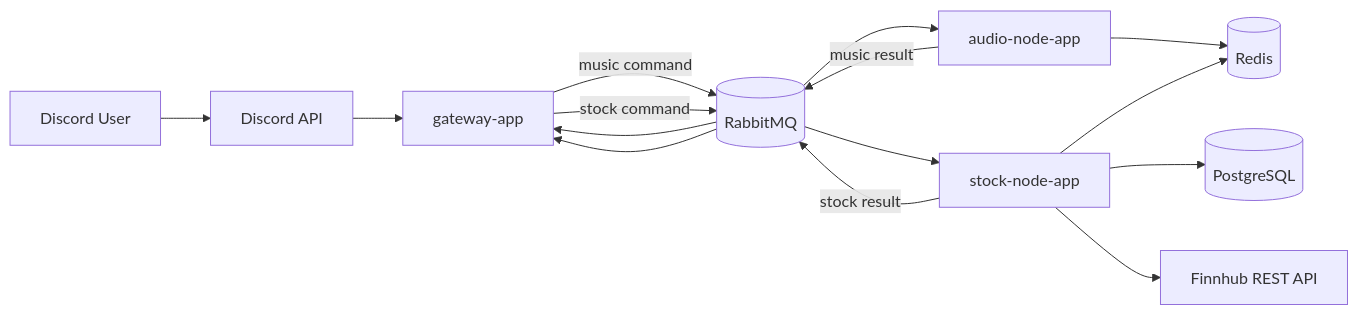
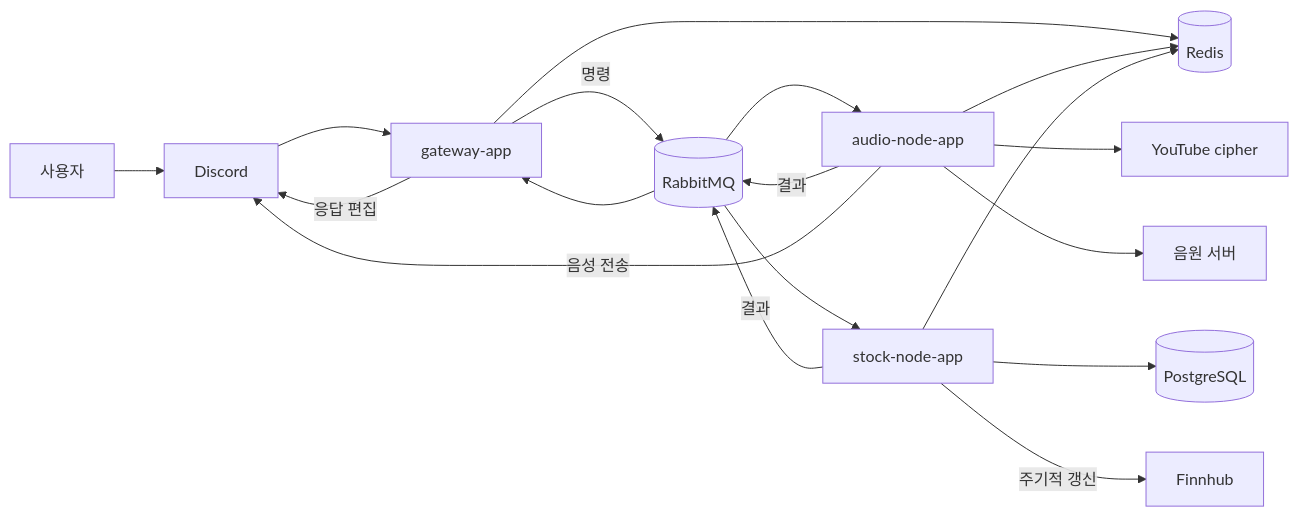
One commit to som141/dis changed the first of 2 diagrams in docs/reference/CURRENT_ARCHITECTURE.md. Above: the diagram before and after it, drawn with Mermaid. The commit also changed other lines of this file and 27 other files, not shown here.

````diff
--- a/docs/reference/CURRENT_ARCHITECTURE.md
+++ b/docs/reference/CURRENT_ARCHITECTURE.md
@@ -22,30 +7,20 @@
 ```mermaid
 flowchart LR
-    U[Discord User]
-    D[Discord API]
-    G[gateway-app]
-    MQ[(RabbitMQ)]
-    A[audio-node-app]
-    S[stock-node-app]
-    R[(Redis)]
-    P[(PostgreSQL)]
-    F[Finnhub REST API]
-
-    U --> D
-    D --> G
-
-    G -->|music command| MQ
-    MQ --> A
-    A -->|music result| MQ
-    MQ --> G
-
-    G -->|stock command| MQ
-    MQ --> S
-    S -->|stock result| MQ
-    MQ --> G
-
+    U[사용자] --> D[Discord]
+    D --> G[gateway-app]
+    G -->|명령| Q[(RabbitMQ)]
+    Q --> A[audio-node-app]
+    Q --> S[stock-node-app]
+    A -->|결과| Q
+    S -->|결과| Q
+    Q --> G
+    G -->|응답 편집| D
+    G --> R[(Redis)]
     A --> R
     S --> R
-    S --> P
-    S --> F
+    S --> P[(PostgreSQL)]
+    A --> C[YouTube cipher]
+    A --> Y[음원 서버]
+    A -->|음성 전송| D
+    S -->|주기적 갱신| F[Finnhub]
 ```
````
